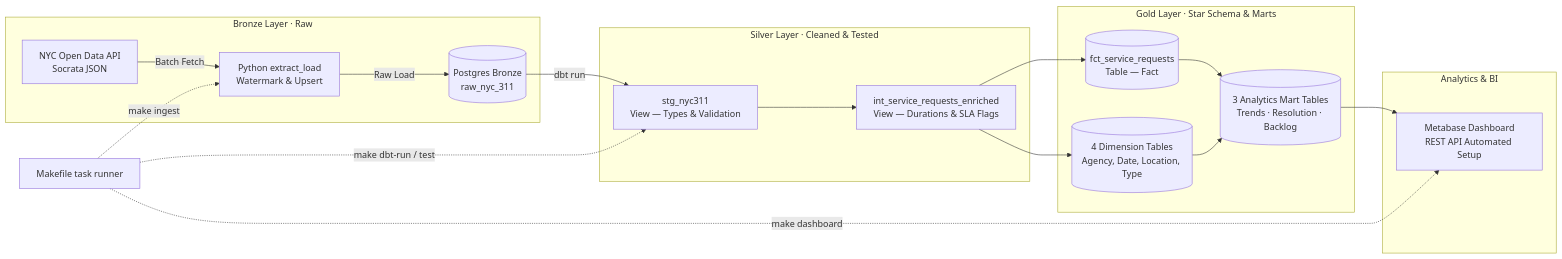
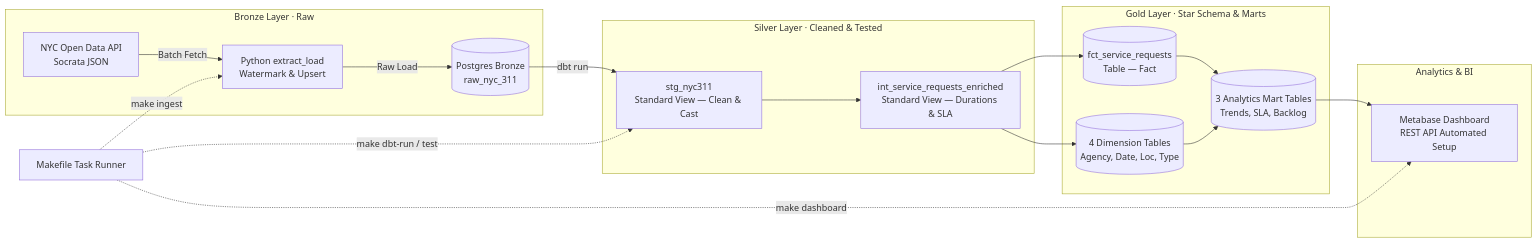
One commit to DataCraftTeam/nyc-311-data-platform changed the diagram in README.md. Above: the diagram before and after it, drawn with Mermaid. The commit also changed other lines of this file and 1 other file, not shown here.

````diff
--- a/README.md
+++ b/README.md
@@ -16,26 +15,26 @@
 ```mermaid
 flowchart LR
     subgraph BRONZE [Bronze Layer · Raw]
         API[NYC Open Data API\nSocrata JSON] -->|Batch Fetch| PY[Python extract_load\nWatermark & Upsert]
         PY -->|Raw Load| PG_B[(Postgres Bronze\nraw_nyc_311)]
     end
 
     subgraph SILVER [Silver Layer · Cleaned & Tested]
-        PG_B -->|dbt run| STG[stg_nyc311\nView — Types & Validation]
-        STG --> INT[int_service_requests_enriched\nView — Durations & SLA Flags]
+        PG_B -->|dbt run| STG[stg_nyc311\nStandard View — Clean & Cast]
+        STG --> INT[int_service_requests_enriched\nStandard View — Durations & SLA]
     end
 
     subgraph GOLD [Gold Layer · Star Schema & Marts]
         INT --> FCT[(fct_service_requests\nTable — Fact)]
-        INT --> DIMS[(4 Dimension Tables\nAgency, Date, Location, Type)]
-        FCT & DIMS --> MARTS[(3 Analytics Mart Tables\nTrends · Resolution · Backlog)]
+        INT --> DIMS[(4 Dimension Tables\nAgency, Date, Loc, Type)]
+        FCT & DIMS --> MARTS[(3 Analytics Mart Tables\nTrends, SLA, Backlog)]
     end
 
     subgraph SERVING [Analytics & BI]
         MARTS --> MB[Metabase Dashboard\nREST API Automated Setup]
     end
 
-    CLI[Makefile task runner] -.->|make ingest| PY
+    CLI[Makefile Task Runner] -.->|make ingest| PY
     CLI -.->|make dbt-run / test| STG
     CLI -.->|make dashboard| MB
 ```
````
